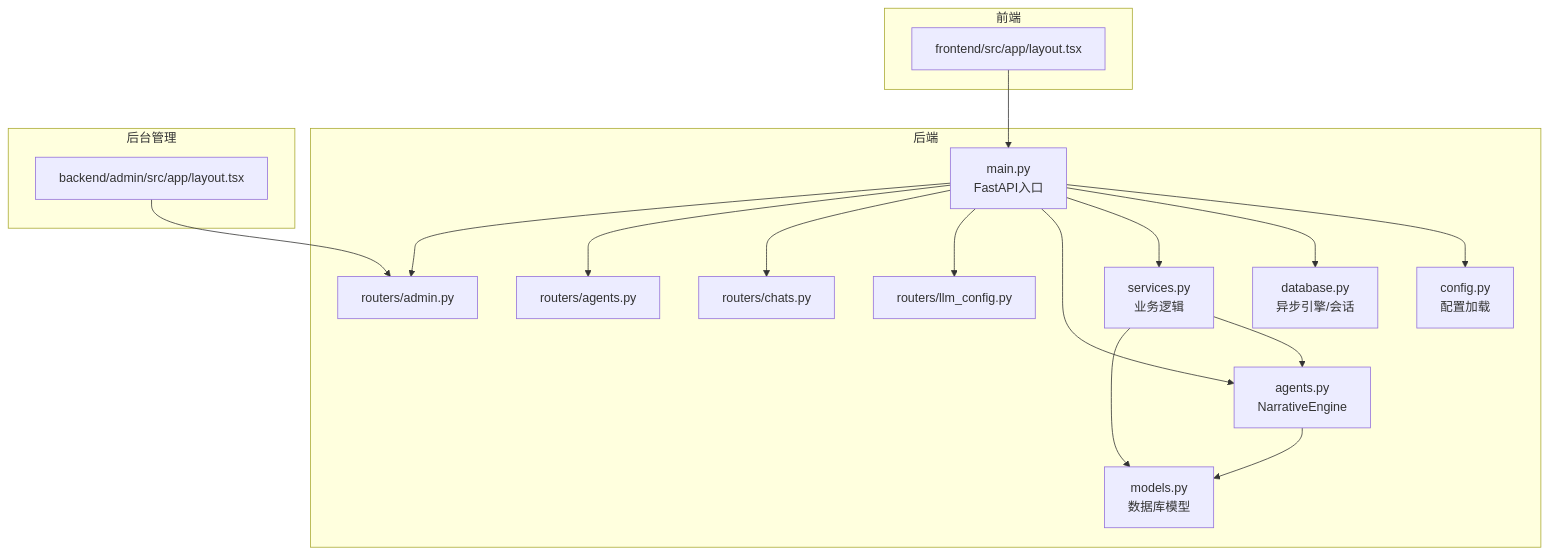
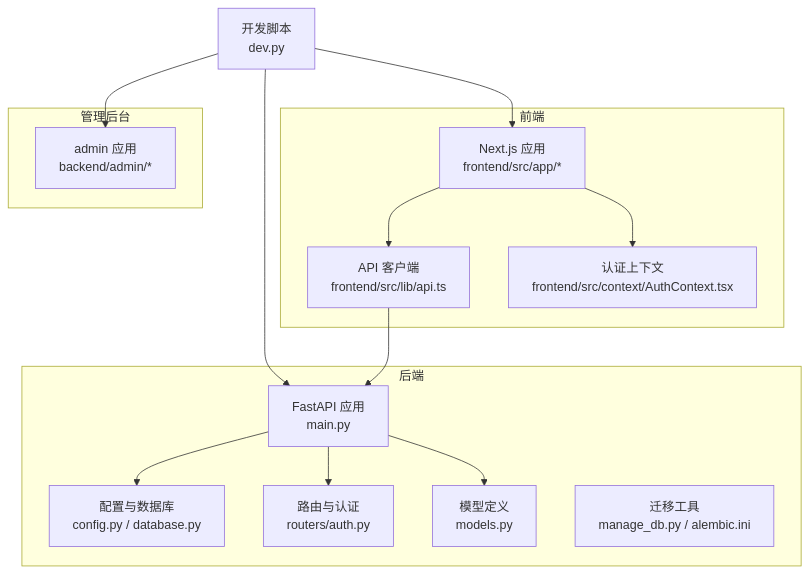
Before and after one commit to KunLabAI/KunFlix: the first of 5 diagrams in .qoder/repowiki/zh/content/快速开始.md, drawn with Mermaid. The commit also changed other lines of this file and 275 other files, not shown here.

````diff
--- a/.qoder/repowiki/zh/content/快速开始.md
+++ b/.qoder/repowiki/zh/content/快速开始.md
@@ -47,34 +51,28 @@
 ```mermaid
 graph TB
 subgraph "后端"
-A_main["main.py<br/>FastAPI入口"]
-A_cfg["config.py<br/>配置加载"]
-A_db["database.py<br/>异步引擎/会话"]
-A_md["models.py<br/>数据库模型"]
-A_srv["services.py<br/>业务逻辑"]
-A_ag["agents.py<br/>NarrativeEngine"]
-A_rt_llm["routers/llm_config.py"]
-A_rt_chat["routers/chats.py"]
-A_rt_agent["routers/agents.py"]
-A_rt_admin["routers/admin.py"]
+A["FastAPI 应用<br/>main.py"]
+B["配置与数据库<br/>config.py / database.py"]
+C["路由与认证<br/>routers/auth.py"]
+D["模型定义<br/>models.py"]
+E["迁移工具<br/>manage_db.py / alembic.ini"]
 end
 subgraph "前端"
-F_app["frontend/src/app/layout.tsx"]
+F["Next.js 应用<br/>frontend/src/app/*"]
+G["API 客户端<br/>frontend/src/lib/api.ts"]
+H["认证上下文<br/>frontend/src/context/AuthContext.tsx"]
 end
-subgraph "后台管理"
-B_app["backend/admin/src/app/layout.tsx"]
+subgraph "管理后台"
+I["admin 应用<br/>backend/admin/*"]
 end
-A_main --> A_cfg
-A_main --> A_db
-A_main --> A_srv
-A_main --> A_ag
-A_main --> A_rt_llm
-A_main --> A_rt_chat
-A_main --> A_rt_agent
-A_main --> A_rt_admin
-A_srv --> A_ag
-A_srv --> A_md
-A_ag --> A_md
-F_app --> A_main
-B_app --> A_rt_admin
+J["开发脚本<br/>dev.py"]
+J --> A
+J --> F
+J --> I
+A --> B
+A --> C
+A --> D
+F --> G
+G --> A
+F --> H
 ```
````
